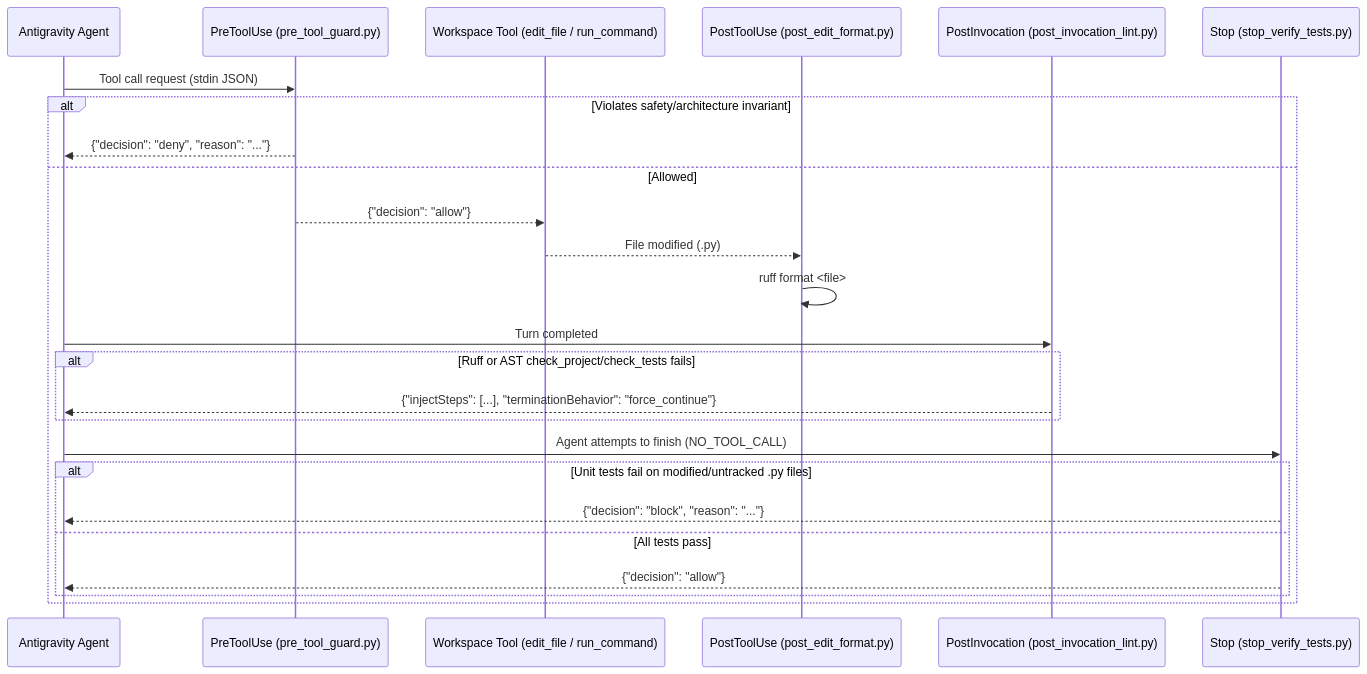
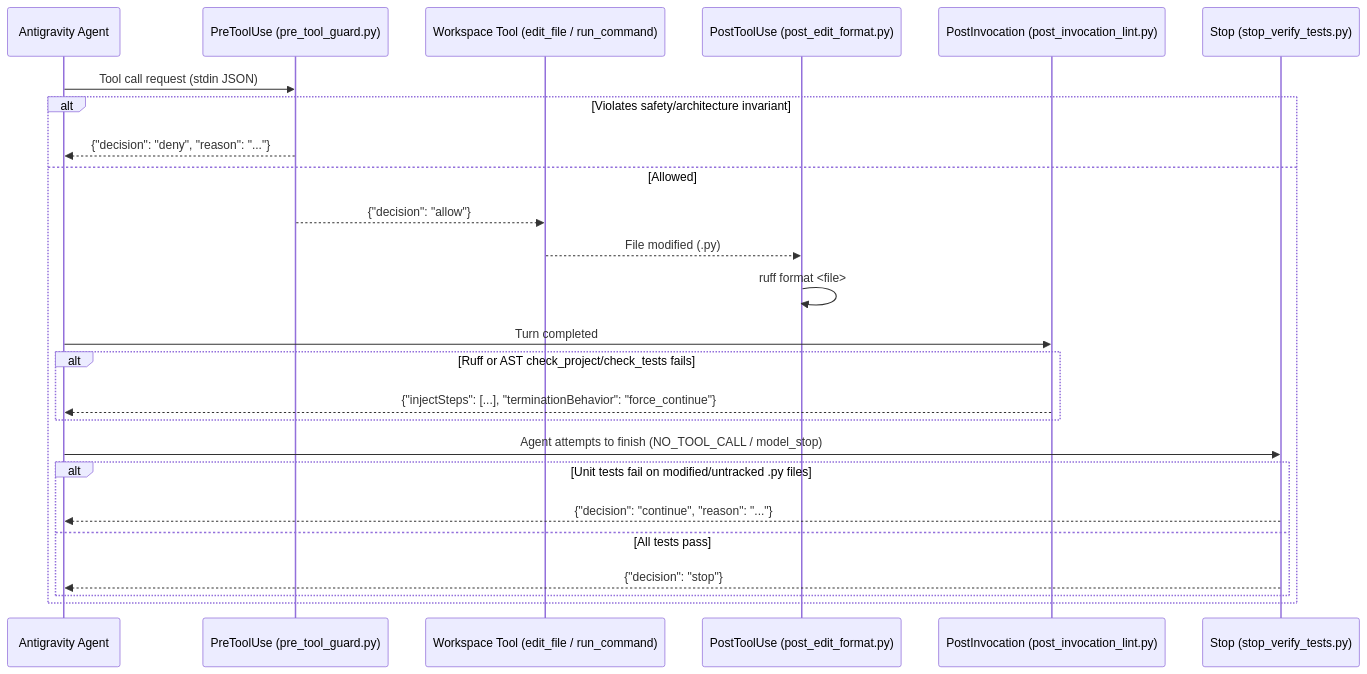
Before and after one commit to mtwuser/dotfiles-ubuntu: the diagram in docs/architecture/02_antigravity_governance_and_hooks.md, drawn with Mermaid. The commit also changed other lines of this file and 6 other files, not shown here.

Commit message:
fix(mcp,docs): unify subtree environment guardrail inheritance, event telemetry, and hook/schema docs

````diff
--- a/docs/architecture/02_antigravity_governance_and_hooks.md
+++ b/docs/architecture/02_antigravity_governance_and_hooks.md
@@ -55,28 +55,28 @@
 ```mermaid
 sequenceDiagram
     participant Agent as Antigravity Agent
     participant Pre as PreToolUse (pre_tool_guard.py)
     participant Tool as Workspace Tool (edit_file / run_command)
     participant Post as PostToolUse (post_edit_format.py)
     participant Inv as PostInvocation (post_invocation_lint.py)
     participant Stop as Stop (stop_verify_tests.py)
 
     Agent->>Pre: Tool call request (stdin JSON)
     alt Violates safety/architecture invariant
         Pre-->>Agent: {"decision": "deny", "reason": "..."}
     else Allowed
         Pre-->>Tool: {"decision": "allow"}
         Tool-->>Post: File modified (.py)
         Post->>Post: ruff format <file>
         Agent->>Inv: Turn completed
         alt Ruff or AST check_project/check_tests fails
             Inv-->>Agent: {"injectSteps": [...], "terminationBehavior": "force_continue"}
         end
-        Agent->>Stop: Agent attempts to finish (NO_TOOL_CALL)
+        Agent->>Stop: Agent attempts to finish (NO_TOOL_CALL / model_stop)
         alt Unit tests fail on modified/untracked .py files
-            Stop-->>Agent: {"decision": "block", "reason": "..."}
+            Stop-->>Agent: {"decision": "continue", "reason": "..."}
         else All tests pass
-            Stop-->>Agent: {"decision": "allow"}
+            Stop-->>Agent: {"decision": "stop"}
         end
     end
 ```
````
